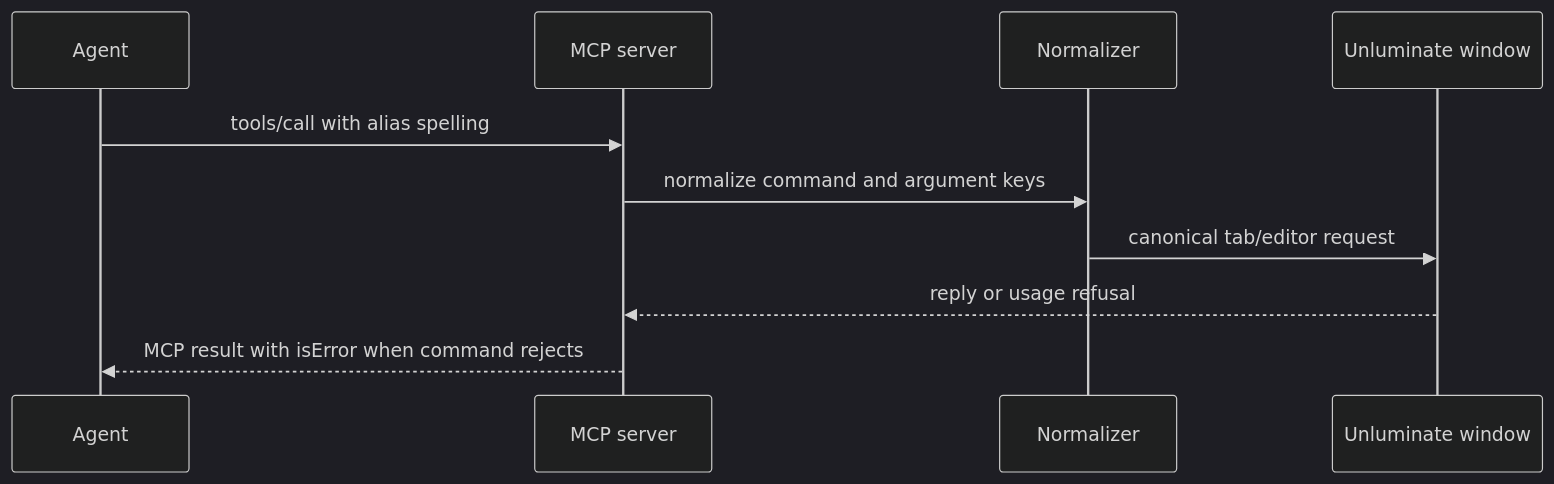
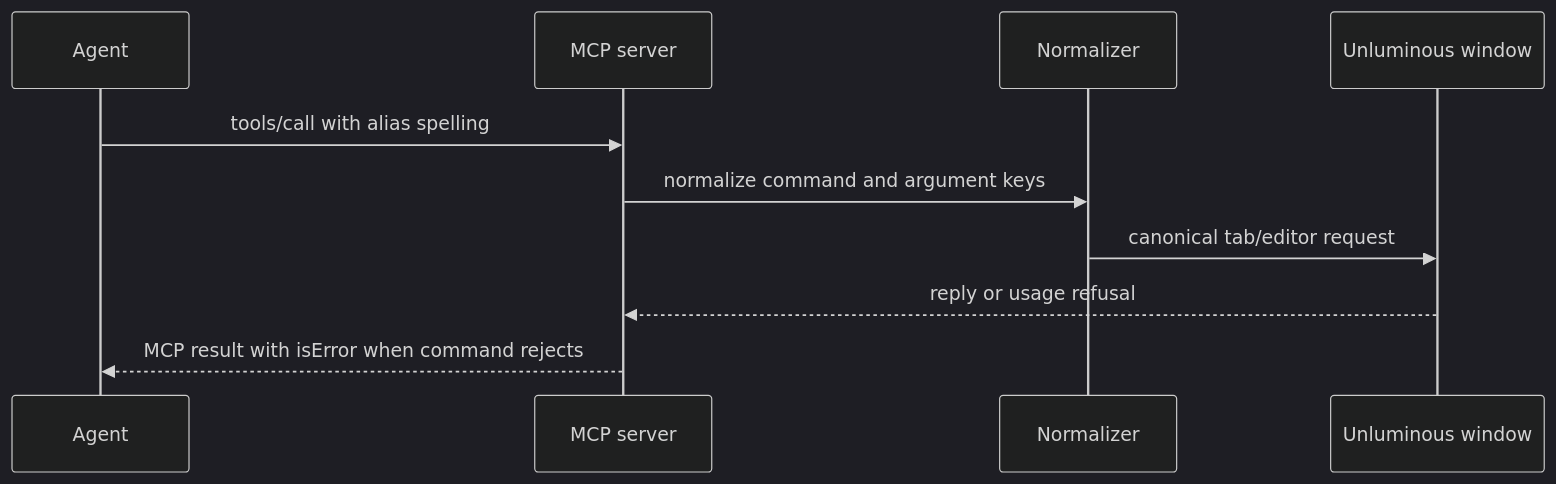
Before and after one commit to Black-Rainbow-Labs/Unluminous: the second of 2 diagrams in tasks/task-1703-mcp-aliases-tdd.md, drawn with Mermaid (dark theme). The commit also changed other lines of this file and 1327 other files, not shown here.

````diff
--- a/tasks/task-1703-mcp-aliases-tdd.md
+++ b/tasks/task-1703-mcp-aliases-tdd.md
@@ -78,12 +78,12 @@
 ```mermaid
 sequenceDiagram
     participant A as Agent
     participant S as MCP server
     participant N as Normalizer
-    participant Q as Unluminate window
+    participant Q as Unluminous window
     A->>S: tools/call with alias spelling
     S->>N: normalize command and argument keys
     N->>Q: canonical tab/editor request
     Q-->>S: reply or usage refusal
     S-->>A: MCP result with isError when command rejects
 ```
````
